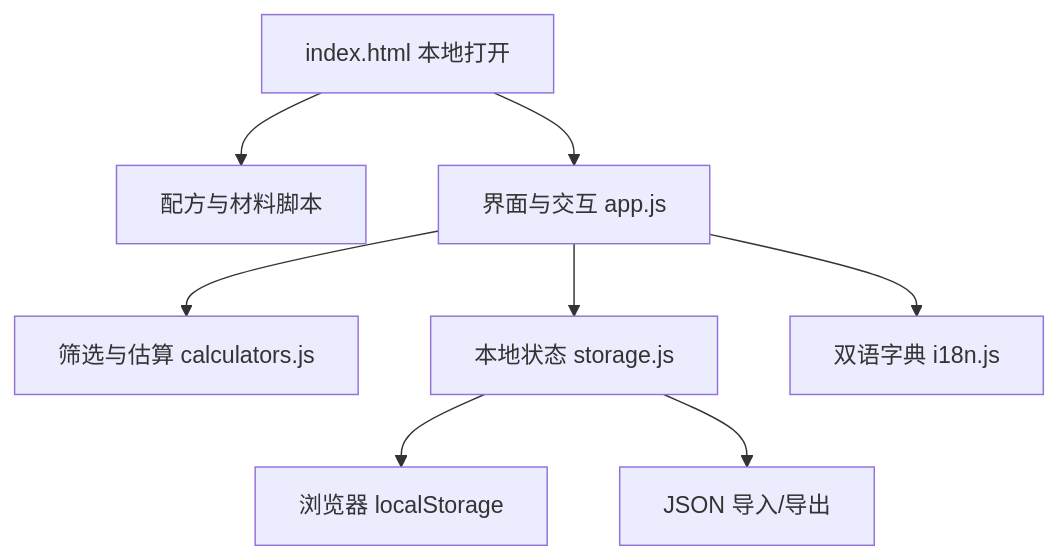
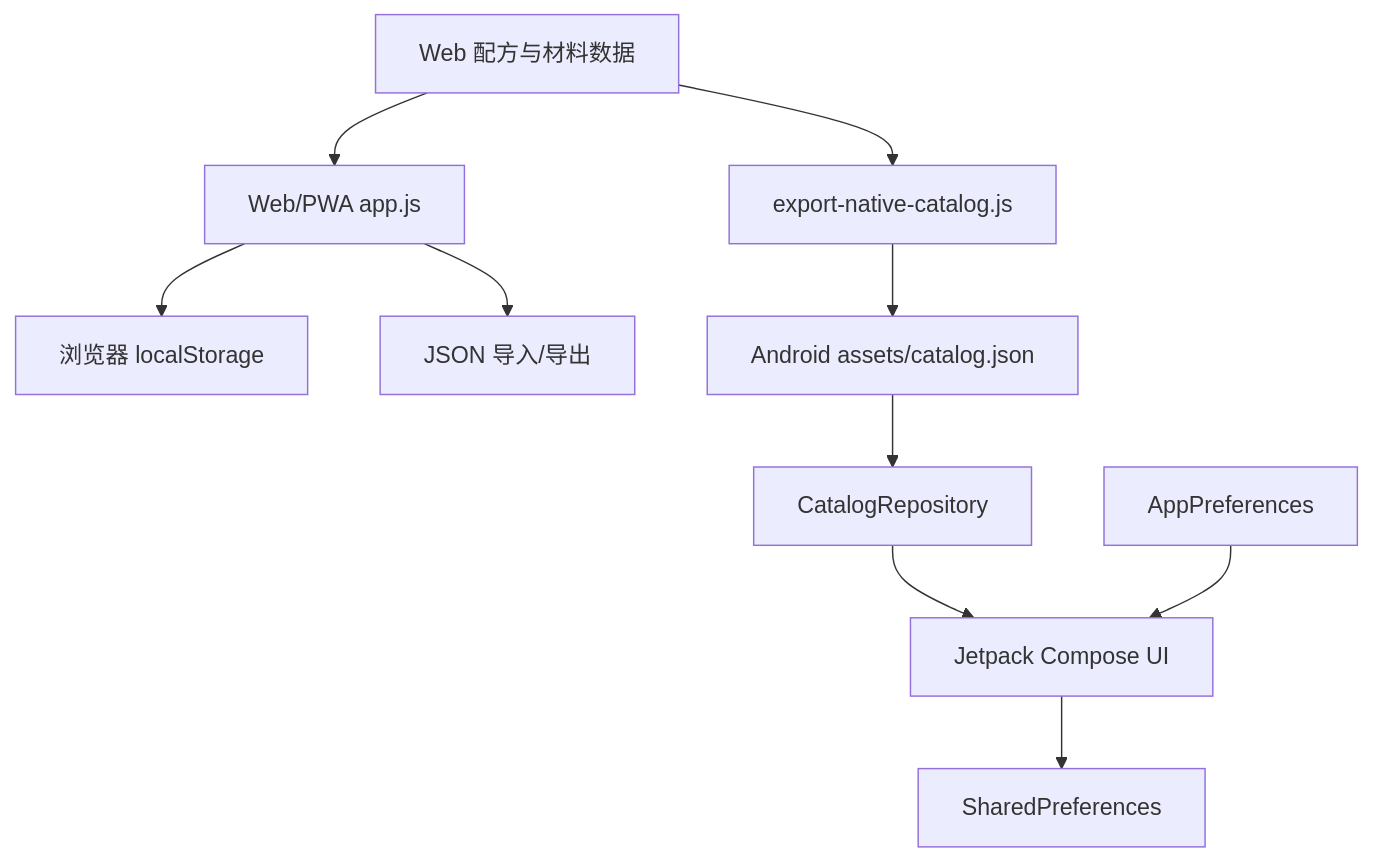
One commit to ZAlan-dunk/Dawnsdew-WonderfulDrinking changed the diagram in docs/product-plan.md. Above: the diagram before and after it, drawn with Mermaid. The commit also changed other lines of this file and 57 other files, not shown here.

Commit message:
feat: publish v0.3 native Android test build

````diff
--- a/docs/product-plan.md
+++ b/docs/product-plan.md
@@ -123,10 +131,12 @@
 ```mermaid
 graph TD
-  A["index.html 本地打开"] --> B["配方与材料脚本"]
-  A --> C["界面与交互 app.js"]
-  C --> D["筛选与估算 calculators.js"]
-  C --> E["本地状态 storage.js"]
-  C --> F["双语字典 i18n.js"]
-  E --> G["浏览器 localStorage"]
-  E --> H["JSON 导入/导出"]
+  A[Web 配方与材料数据] --> B[Web/PWA app.js]
+  A --> C[export-native-catalog.js]
+  B --> D[浏览器 localStorage]
+  B --> E[JSON 导入/导出]
+  C --> F[Android assets/catalog.json]
+  F --> G[CatalogRepository]
+  G --> H[Jetpack Compose UI]
+  I[AppPreferences] --> H
+  H --> J[SharedPreferences]
 ```
````
